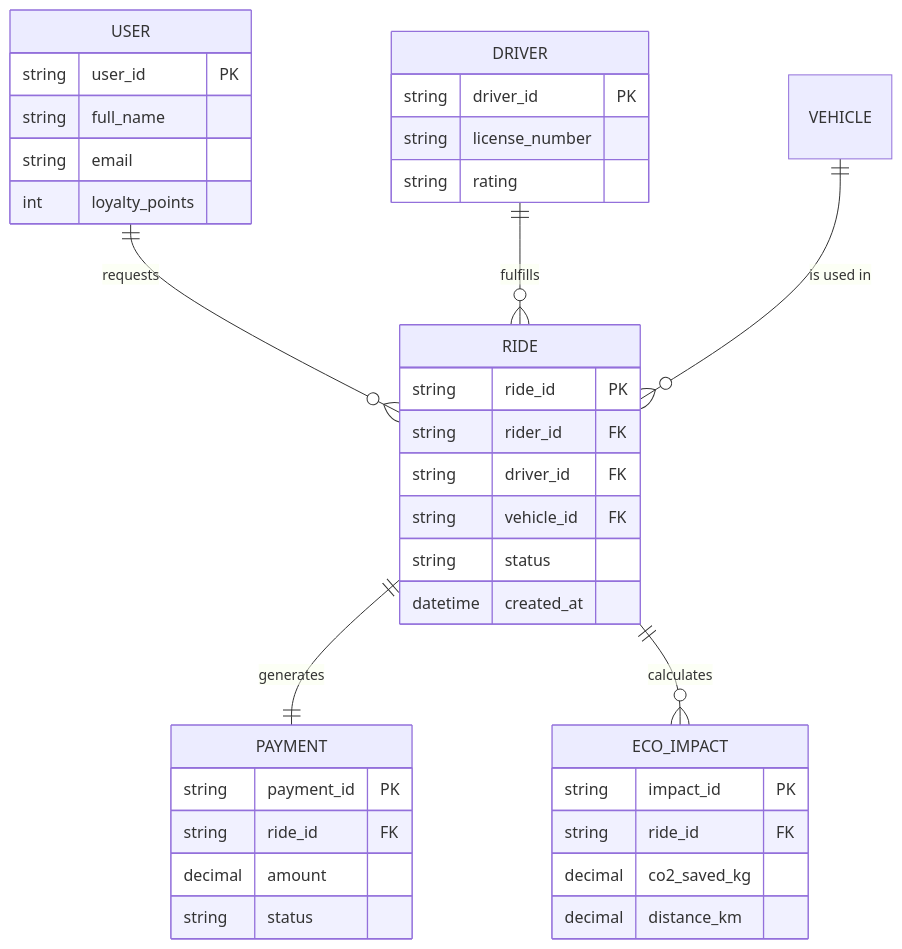
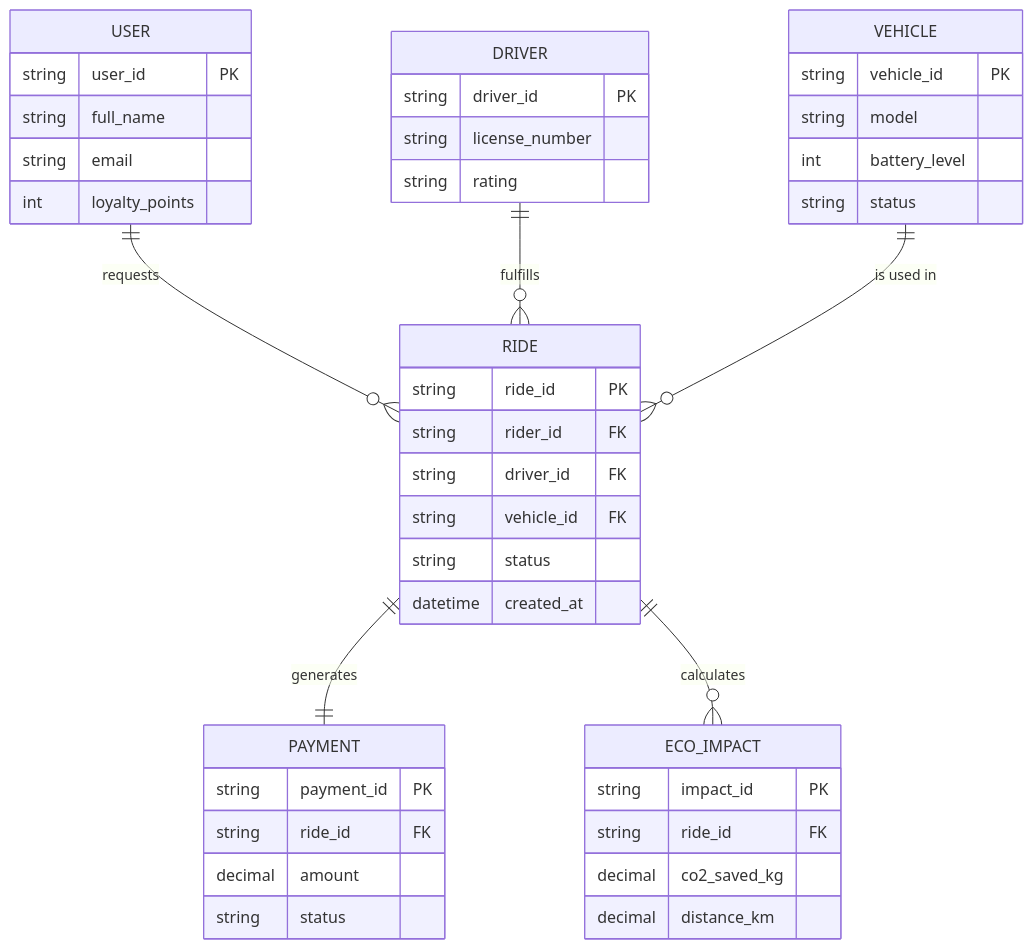
Before and after one commit to Maga01A/holbertonschool-ai4devs: the diagram in architecture_blueprint_assistant/data_model.mmd, drawn with Mermaid. The commit also changed 1 other file, not shown here.

Commit message:
Fix data model documentation by separating Vehicle entity and ensuring complete descriptions

```diff
--- a/architecture_blueprint_assistant/data_model.mmd
+++ b/architecture_blueprint_assistant/data_model.mmd
@@ -1,38 +1,44 @@
 erDiagram
     USER ||--o{ RIDE : "requests"
     DRIVER ||--o{ RIDE : "fulfills"
     RIDE ||--|| PAYMENT : "generates"
     RIDE ||--o{ ECO_IMPACT : "calculates"
     VEHICLE ||--o{ RIDE : "is used in"
 
     USER {
         string user_id PK
         string full_name
         string email
         int loyalty_points
     }
     DRIVER {
         string driver_id PK
         string license_number
         string rating
+    }
+    VEHICLE {
+        string vehicle_id PK
+        string model
+        int battery_level
+        string status
     }
     RIDE {
         string ride_id PK
         string rider_id FK
         string driver_id FK
         string vehicle_id FK
         string status
         datetime created_at
     }
     PAYMENT {
         string payment_id PK
         string ride_id FK
         decimal amount
         string status
     }
     ECO_IMPACT {
         string impact_id PK
         string ride_id FK
         decimal co2_saved_kg
         decimal distance_km
     }
```
